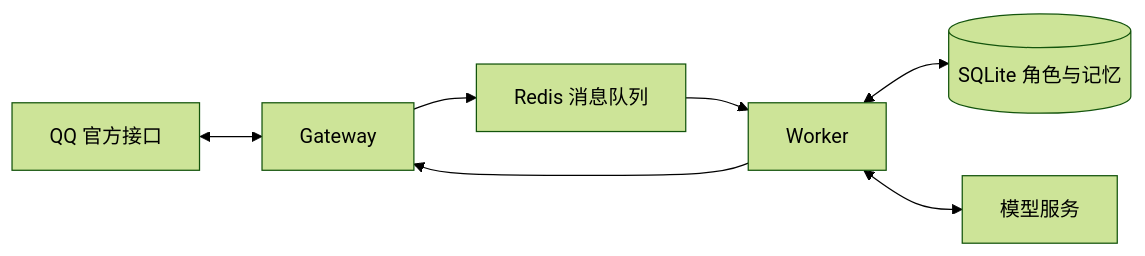
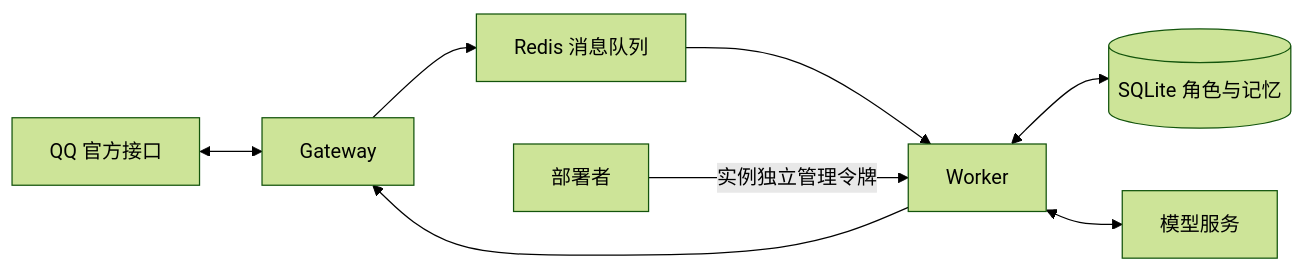
One commit to supertx/qq-tavern changed the diagram in README.md. Above: the diagram before and after it, drawn with Mermaid (forest theme). The commit also changed other lines of this file and 69 other files, not shown here.

````diff
--- a/README.md
+++ b/README.md
@@ -143,9 +193,10 @@
 ```mermaid
 flowchart LR
   QQ[QQ 官方接口] <--> G[Gateway]
   G --> R[Redis 消息队列]
   R --> W[Worker]
   W --> G
   W <--> DB[(SQLite 角色与记忆)]
   W <--> M[模型服务]
+  A[部署者] -->|实例独立管理令牌| W
 ```
````
